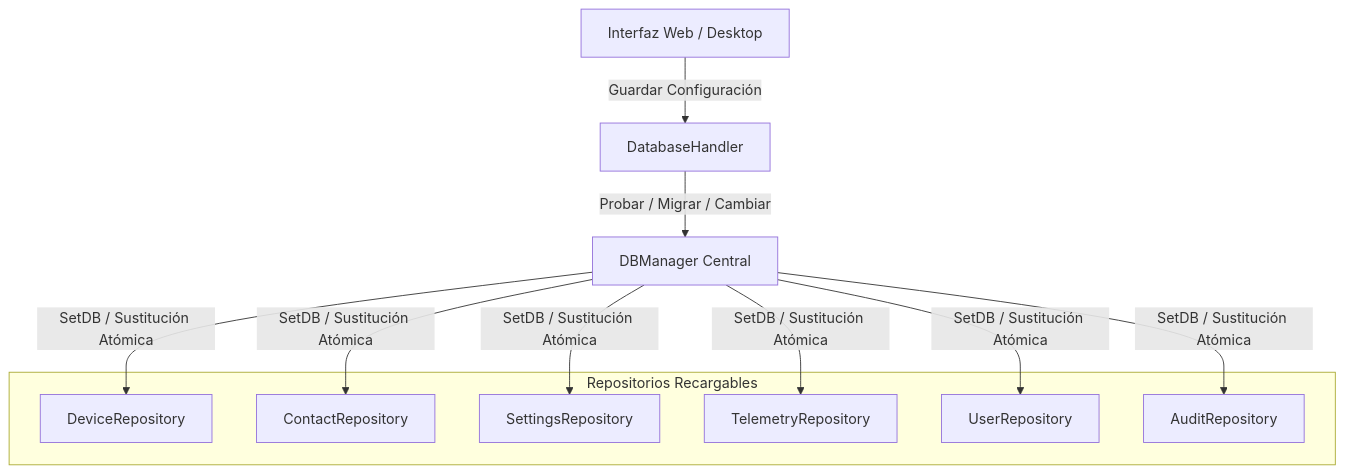
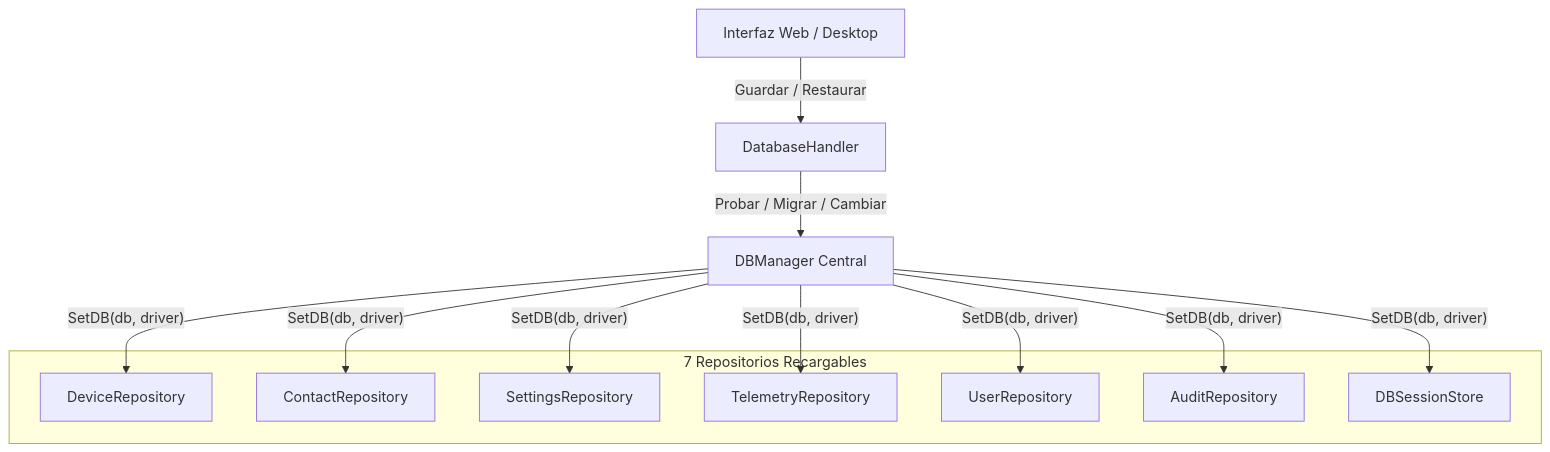
Before and after one commit to Noxfort-Systems-Brazil/MONITOR: the diagram in docs/es/database.md, drawn with Mermaid. The commit also changed other lines of this file and 186 other files, not shown here.

````diff
--- a/docs/es/database.md
+++ b/docs/es/database.md
@@ -27,21 +27,23 @@
 ```mermaid
 graph TD
-    UI[Interfaz Web / Desktop] -->|Guardar Configuración| DBHandler[DatabaseHandler]
+    UI[Interfaz Web / Desktop] -->|Guardar / Restaurar| DBHandler[DatabaseHandler]
     DBHandler -->|Probar / Migrar / Cambiar| DBManager[DBManager Central]
-    
-    subgraph "Repositorios Recargables"
+
+    subgraph "7 Repositorios Recargables"
         DeviceRepo[DeviceRepository]
         ContactRepo[ContactRepository]
         SettingsRepo[SettingsRepository]
         TelemetryRepo[TelemetryRepository]
         UserRepo[UserRepository]
         AuditRepo[AuditRepository]
+        SessionStore[DBSessionStore]
     end
-    
-    DBManager -->|SetDB / Sustitución Atómica| DeviceRepo
-    DBManager -->|SetDB / Sustitución Atómica| ContactRepo
-    DBManager -->|SetDB / Sustitución Atómica| SettingsRepo
-    DBManager -->|SetDB / Sustitución Atómica| TelemetryRepo
-    DBManager -->|SetDB / Sustitución Atómica| UserRepo
-    DBManager -->|SetDB / Sustitución Atómica| AuditRepo
+
+    DBManager -->|"SetDB(db, driver)"| DeviceRepo
+    DBManager -->|"SetDB(db, driver)"| ContactRepo
+    DBManager -->|"SetDB(db, driver)"| SettingsRepo
+    DBManager -->|"SetDB(db, driver)"| TelemetryRepo
+    DBManager -->|"SetDB(db, driver)"| UserRepo
+    DBManager -->|"SetDB(db, driver)"| AuditRepo
+    DBManager -->|"SetDB(db, driver)"| SessionStore
 ```
````
